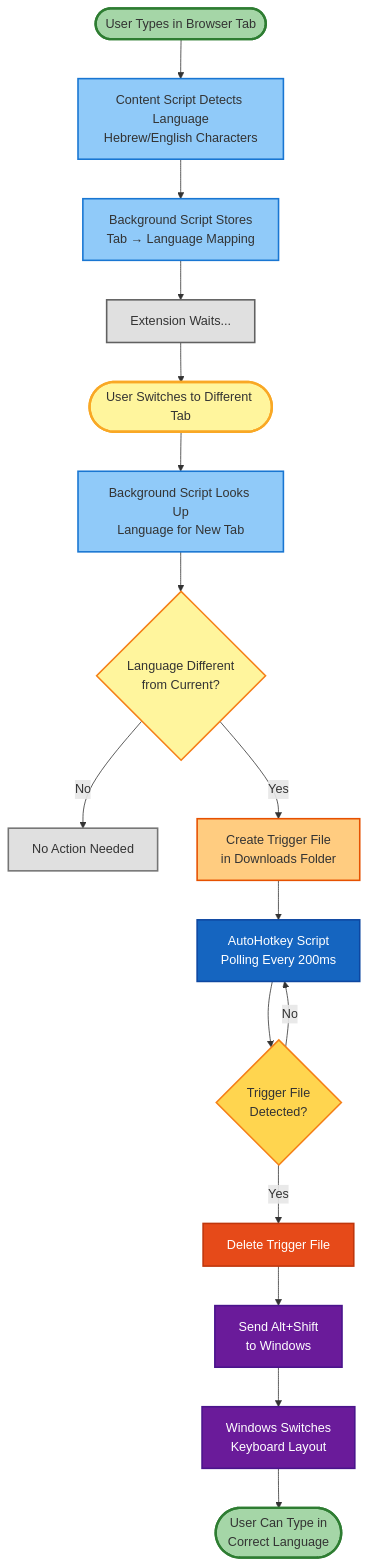
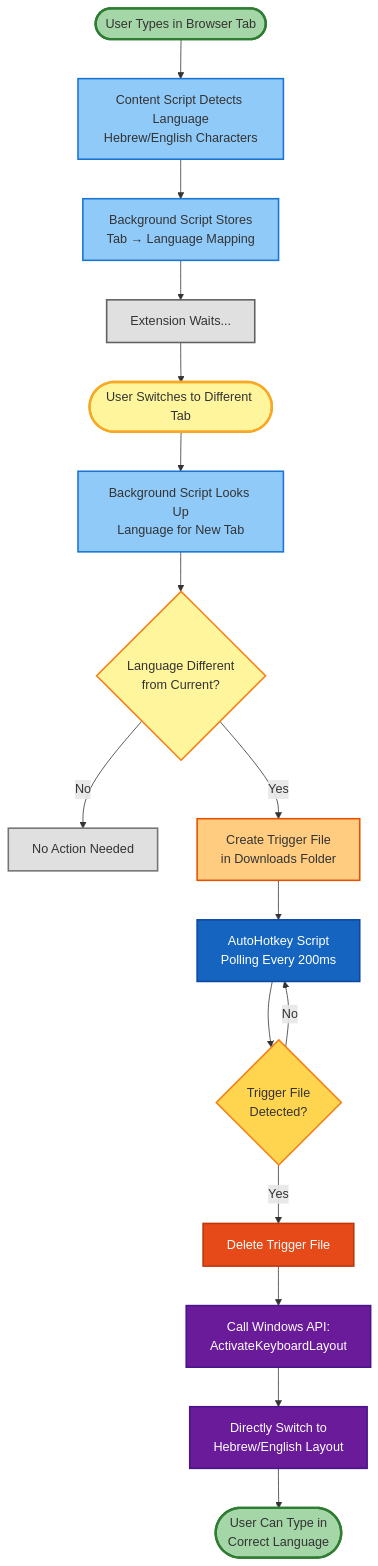
One commit to ysetbon/AutoLang changed the diagram in README.md. Above: the diagram before and after it, drawn with Mermaid. The commit also changed other lines of this file and 2 other files, not shown here.

````diff
--- a/README.md
+++ b/README.md
@@ -18,39 +18,39 @@
 ```mermaid
 flowchart TD
     Start([User Types in Browser Tab]) --> Detect[Content Script Detects Language<br/>Hebrew/English Characters]
     Detect --> Store[Background Script Stores<br/>Tab → Language Mapping]
     Store --> Wait[Extension Waits...]
 
     Wait --> Switch([User Switches to Different Tab])
     Switch --> Lookup[Background Script Looks Up<br/>Language for New Tab]
     Lookup --> Check{Language Different<br/>from Current?}
 
     Check -->|No| NoAction[No Action Needed]
     Check -->|Yes| Download[Create Trigger File<br/>in Downloads Folder]
 
     Download --> Poll[AutoHotkey Script<br/>Polling Every 200ms]
     Poll --> Found{Trigger File<br/>Detected?}
 
     Found -->|Yes| Delete[Delete Trigger File]
-    Delete --> Send[Send Alt+Shift<br/>to Windows]
-    Send --> OS[Windows Switches<br/>Keyboard Layout]
+    Delete --> Send[Call Windows API:<br/>ActivateKeyboardLayout]
+    Send --> OS[Directly Switch to<br/>Hebrew/English Layout]
     OS --> Done([User Can Type in<br/>Correct Language])
 
     Found -->|No| Poll
 
     style Start fill:#a5d6a7,stroke:#2e7d32,stroke-width:3px
     style Done fill:#a5d6a7,stroke:#2e7d32,stroke-width:3px
     style Detect fill:#90caf9,stroke:#1976d2,stroke-width:2px
     style Store fill:#90caf9,stroke:#1976d2,stroke-width:2px
     style Lookup fill:#90caf9,stroke:#1976d2,stroke-width:2px
     style Wait fill:#e0e0e0,stroke:#616161,stroke-width:2px
     style Switch fill:#fff59d,stroke:#f9a825,stroke-width:3px
     style Check fill:#fff59d,stroke:#f57f17,stroke-width:2px
     style NoAction fill:#e0e0e0,stroke:#757575,stroke-width:2px
     style Download fill:#ffcc80,stroke:#e65100,stroke-width:2px
     style Poll fill:#1565c0,stroke:#0d47a1,stroke-width:2px,color:#fff
     style Found fill:#ffd54f,stroke:#f57f17,stroke-width:2px
     style Delete fill:#e64a19,stroke:#bf360c,stroke-width:2px,color:#fff
     style Send fill:#6a1b9a,stroke:#4a148c,stroke-width:2px,color:#fff
     style OS fill:#6a1b9a,stroke:#4a148c,stroke-width:2px,color:#fff
 ```
````
